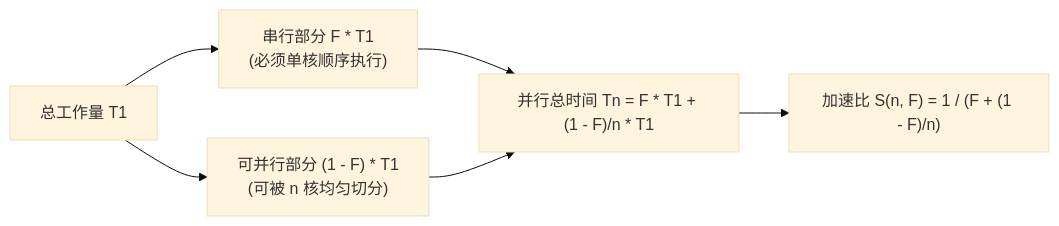
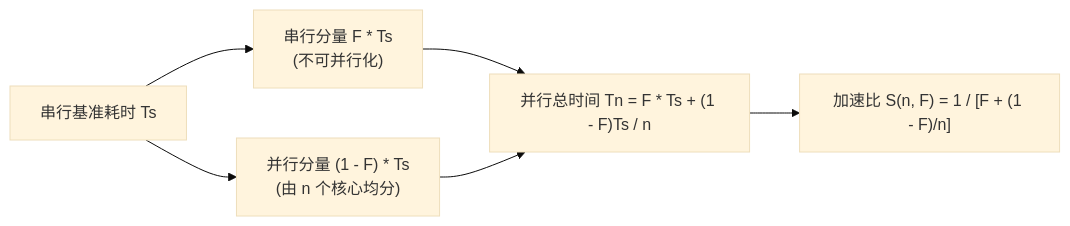
Before and after one commit to Kytolly/NUS-coursework-wiki: the diagram in page/CEG5201/Week01/CEG5201-Week01-Amdahl定律与可扩展性分析.md, drawn with Mermaid (base theme). The commit also changed other lines of this file and 18 other files, not shown here.

````diff
--- a/page/CEG5201/Week01/CEG5201-Week01-Amdahl定律与可扩展性分析.md
+++ b/page/CEG5201/Week01/CEG5201-Week01-Amdahl定律与可扩展性分析.md
@@ -51,8 +52,8 @@
 ```mermaid
 flowchart LR
-    TotalWork["总工作量 T1"] --> SerialPart["串行部分 F * T1<br>(必须单核顺序执行)"]
-    TotalWork --> ParPart["可并行部分 (1 - F) * T1<br>(可被 n 核均匀切分)"]
-    SerialPart --> Tn["并行总时间 Tn = F * T1 + (1 - F)/n * T1"]
+    TotalWork["串行基准耗时 Ts"] --> SerialPart["串行分量 F * Ts<br>(不可并行化)"]
+    TotalWork --> ParPart["并行分量 (1 - F) * Ts<br>(由 n 个核心均分)"]
+    SerialPart --> Tn["并行总时间 Tn = F * Ts + (1 - F)Ts / n"]
     ParPart --> Tn
-    Tn --> Speedup["加速比 S(n, F) = 1 / (F + (1 - F)/n)"]
+    Tn --> Speedup["加速比 S(n, F) = 1 / [F + (1 - F)/n]"]
 ```
````
